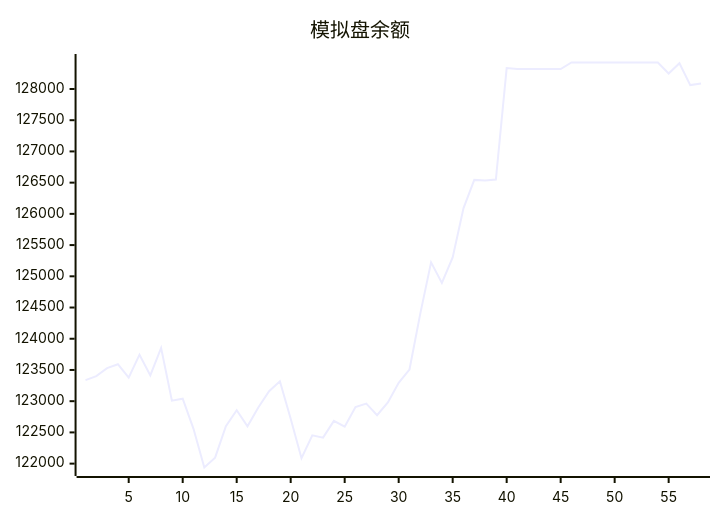
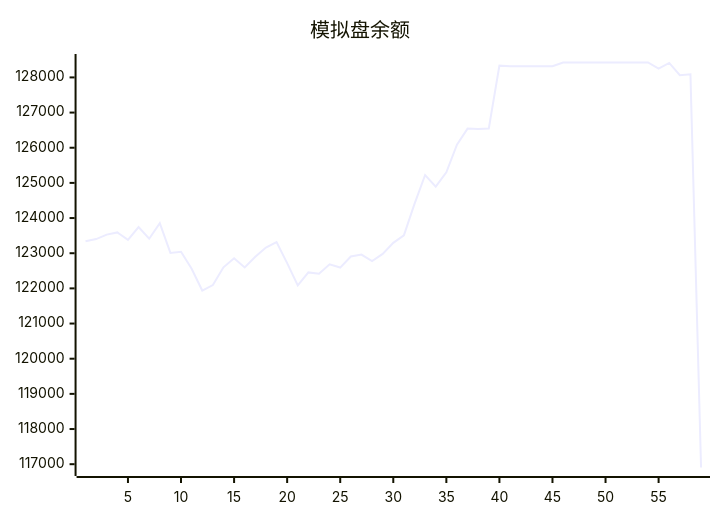
The diagram in trading/README.md (aahl/mcp-aktools), drawn with Mermaid before and after one commit. The commit also changed other lines of this file and 1 other file, not shown here.

````diff
--- a/trading/README.md
+++ b/trading/README.md
@@ -3,5 +3,5 @@
 ```mermaid
 xychart
     title "模拟盘余额"
-    line [123338,123402,123530,123592,123378,123745,123413,123853,123009,123040,122557,121938,122095,122599,122856,122597,122898,123160,123319,122719,122087,122454,122416,122685,122592,122907,122961,122776,122981,123295,123507,124403,125224,124894,125303,126088,126544,126534,126549,128335,128318,128318,128318,128318,128318,128424,128424,128424,128424,128424,128424,128424,128424,128424,128247,128412,128062,128087]
+    line [123338,123402,123530,123592,123378,123745,123413,123853,123009,123040,122557,121938,122095,122599,122856,122597,122898,123160,123319,122719,122087,122454,122416,122685,122592,122907,122961,122776,122981,123295,123507,124403,125224,124894,125303,126088,126544,126534,126549,128335,128318,128318,128318,128318,128318,128424,128424,128424,128424,128424,128424,128424,128424,128424,128247,128412,128062,128087,116906]
 ```
````
